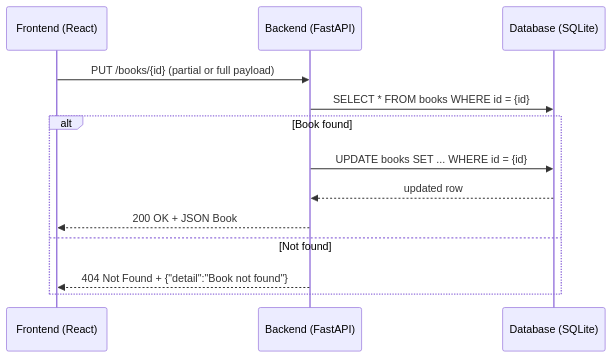
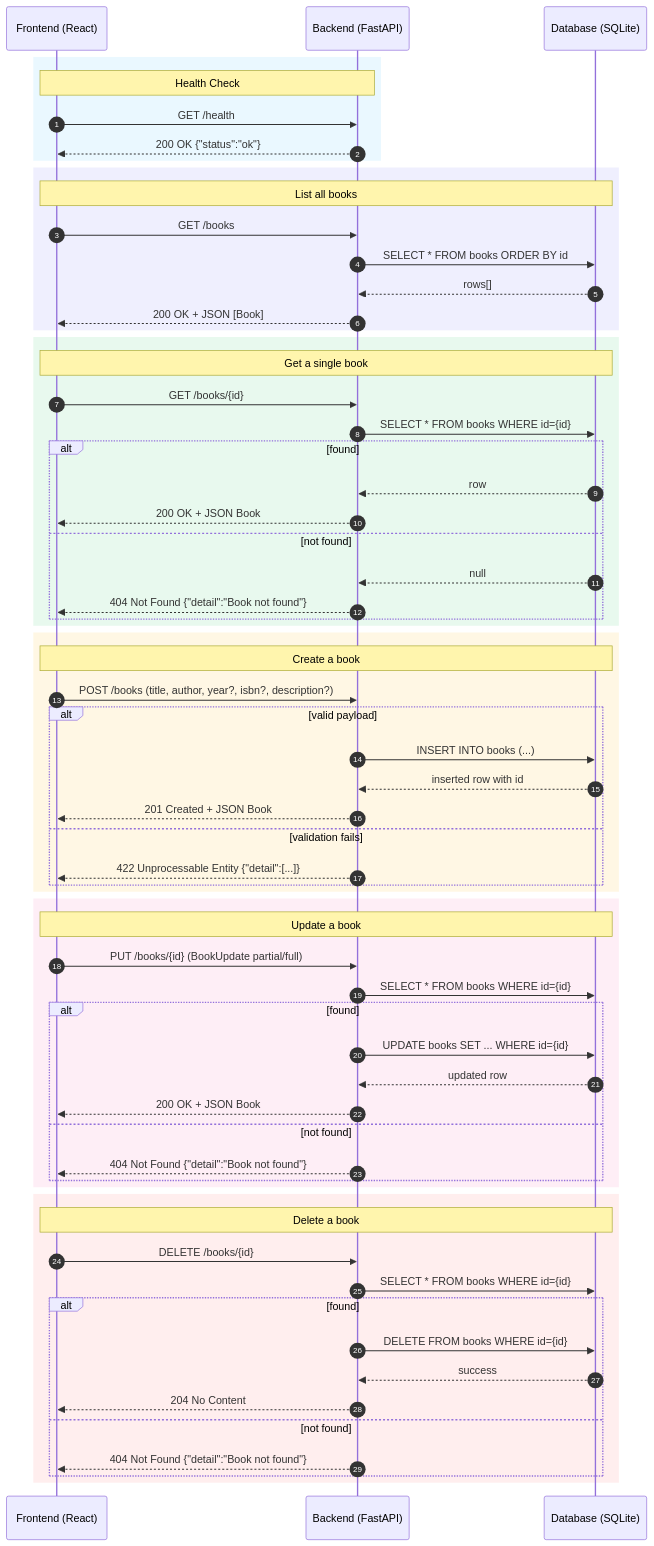
One commit to denishathakkar/books-list changed the diagram in ARCHITECTURE.md. Above: the diagram before and after it, drawn with Mermaid. The commit also changed other lines of this file, not shown here.

Commit message:
chore: update HLD with proper digarams and api details

````diff
--- a/ARCHITECTURE.md
+++ b/ARCHITECTURE.md
@@ -55,16 +5,78 @@
 ```mermaid
 sequenceDiagram
+  autonumber
   participant FE as Frontend (React)
   participant BE as Backend (FastAPI)
   participant DB as Database (SQLite)
 
-  FE->>BE: PUT /books/{id} (partial or full payload)
-  BE->>DB: SELECT * FROM books WHERE id = {id}
-  alt Book found
-    BE->>DB: UPDATE books SET ... WHERE id = {id}
-    DB-->>BE: updated row
-    BE-->>FE: 200 OK + JSON Book
-  else Not found
-    BE-->>FE: 404 Not Found + {"detail":"Book not found"}
+  %% ===== Health =====
+  rect rgba(56,189,248,0.10)
+    note over FE,BE: Health Check
+    FE->>BE: GET /health
+    BE-->>FE: 200 OK {"status":"ok"}
+  end
+
+  %% ===== List =====
+  rect rgba(99,102,241,0.10)
+    note over FE,DB: List all books
+    FE->>BE: GET /books
+    BE->>DB: SELECT * FROM books ORDER BY id
+    DB-->>BE: rows[]
+    BE-->>FE: 200 OK + JSON [Book]
+  end
+
+  %% ===== Get One =====
+  rect rgba(34,197,94,0.10)
+    note over FE,DB: Get a single book
+    FE->>BE: GET /books/{id}
+    BE->>DB: SELECT * FROM books WHERE id={id}
+    alt found
+      DB-->>BE: row
+      BE-->>FE: 200 OK + JSON Book
+    else not found
+      DB-->>BE: null
+      BE-->>FE: 404 Not Found {"detail":"Book not found"}
+    end
+  end
+
+  %% ===== Create =====
+  rect rgba(251,191,36,0.12)
+    note over FE,DB: Create a book
+    FE->>BE: POST /books (title, author, year?, isbn?, description?)
+    alt valid payload
+      BE->>DB: INSERT INTO books (...)
+      DB-->>BE: inserted row with id
+      BE-->>FE: 201 Created + JSON Book
+    else validation fails
+      BE-->>FE: 422 Unprocessable Entity {"detail":[...]}
+    end
+  end
+
+  %% ===== Update =====
+  rect rgba(244,114,182,0.12)
+    note over FE,DB: Update a book
+    FE->>BE: PUT /books/{id} (BookUpdate partial/full)
+    BE->>DB: SELECT * FROM books WHERE id={id}
+    alt found
+      BE->>DB: UPDATE books SET ... WHERE id={id}
+      DB-->>BE: updated row
+      BE-->>FE: 200 OK + JSON Book
+    else not found
+      BE-->>FE: 404 Not Found {"detail":"Book not found"}
+    end
+  end
+
+  %% ===== Delete =====
+  rect rgba(248,113,113,0.12)
+    note over FE,DB: Delete a book
+    FE->>BE: DELETE /books/{id}
+    BE->>DB: SELECT * FROM books WHERE id={id}
+    alt found
+      BE->>DB: DELETE FROM books WHERE id={id}
+      DB-->>BE: success
+      BE-->>FE: 204 No Content
+    else not found
+      BE-->>FE: 404 Not Found {"detail":"Book not found"}
+    end
   end
 ```
````
